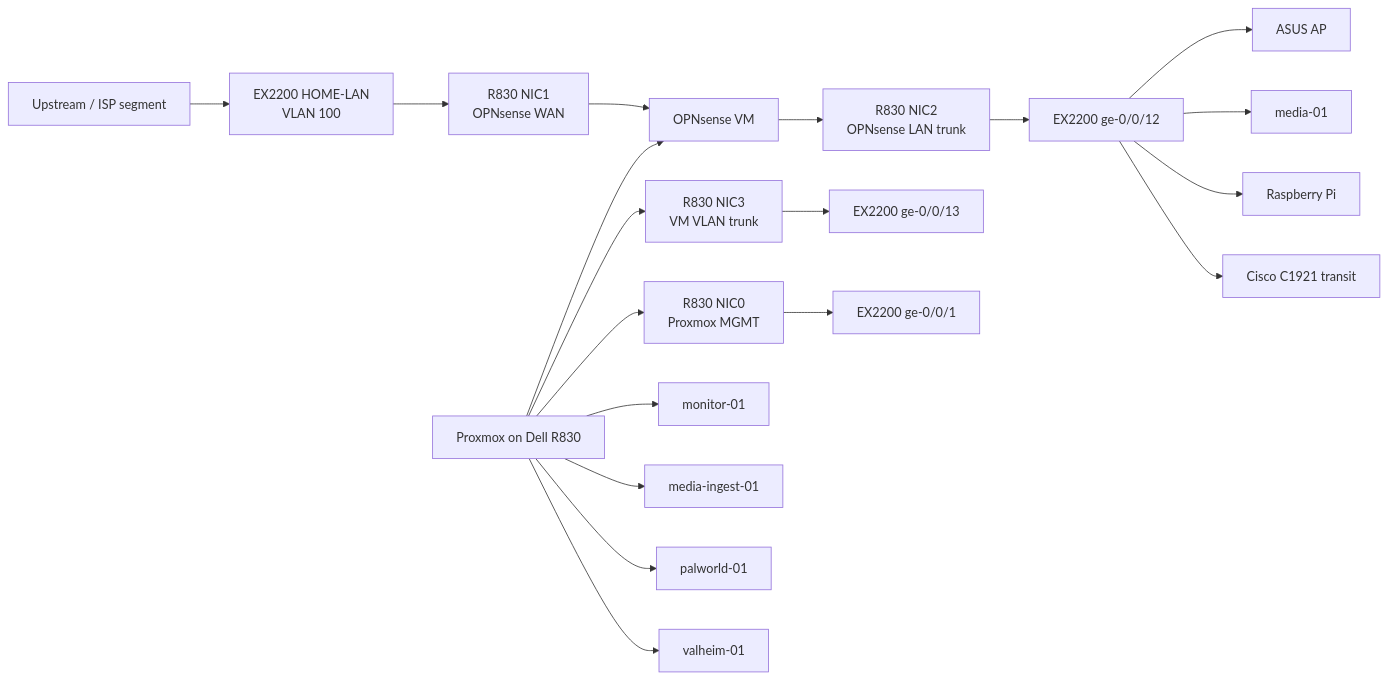
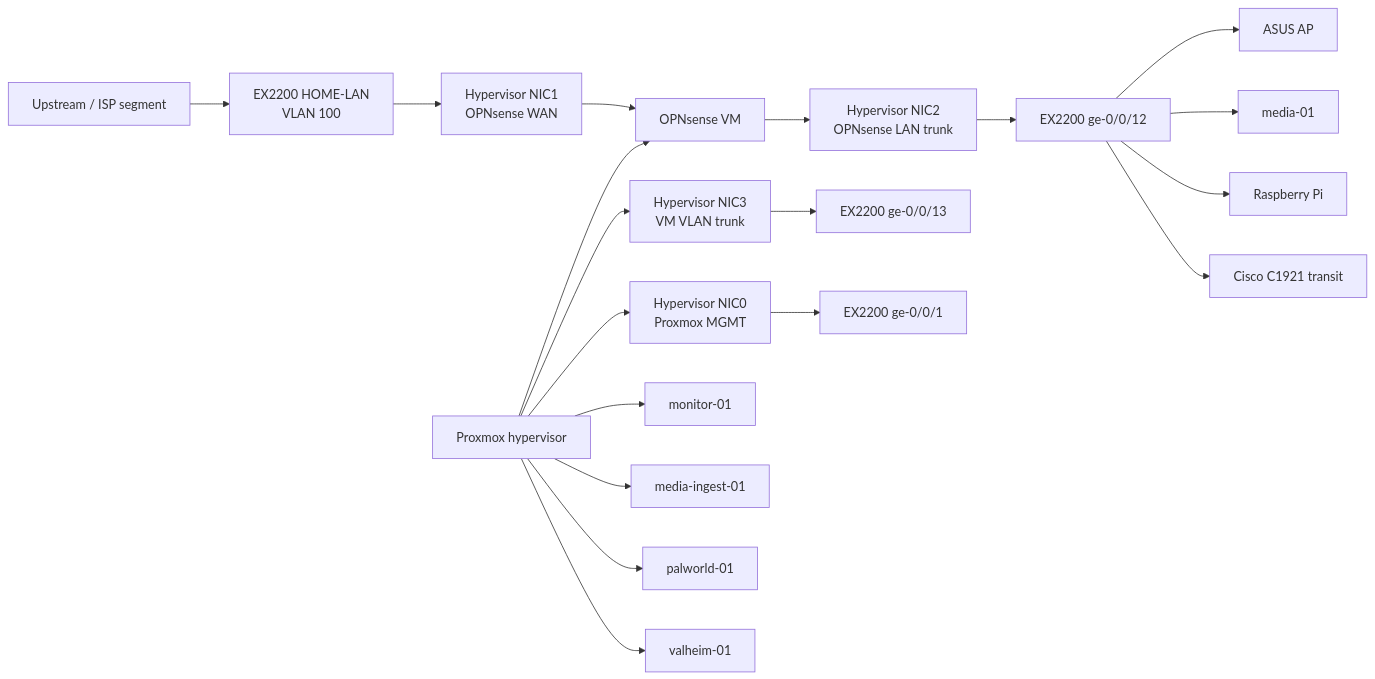
One commit to nicholasmbattista23/home-lab-infrastructure changed the diagram in diagrams/physical-topology.md. Above: the diagram before and after it, drawn with Mermaid. The commit also changed 6 other files, not shown here.

````diff
--- a/diagrams/physical-topology.md
+++ b/diagrams/physical-topology.md
@@ -3,32 +3,32 @@
 ```mermaid
 flowchart LR
     UPSTREAM["Upstream / ISP segment"] --> V100["EX2200 HOME-LAN
 VLAN 100"]
-    V100 --> WAN["R830 NIC1
+    V100 --> WAN["Hypervisor NIC1
 OPNsense WAN"]
 
-    PVE["Proxmox on Dell R830"] --> FWVM["OPNsense VM"]
+    PVE["Proxmox hypervisor"] --> FWVM["OPNsense VM"]
     WAN --> FWVM
 
-    FWVM --> LANTRUNK["R830 NIC2
+    FWVM --> LANTRUNK["Hypervisor NIC2
 OPNsense LAN trunk"]
     LANTRUNK --> EX["EX2200 ge-0/0/12"]
 
-    PVE --> VMTRUNK["R830 NIC3
+    PVE --> VMTRUNK["Hypervisor NIC3
 VM VLAN trunk"]
     VMTRUNK --> EX13["EX2200 ge-0/0/13"]
 
-    PVE --> MGMTNIC["R830 NIC0
+    PVE --> MGMTNIC["Hypervisor NIC0
 Proxmox MGMT"]
     MGMTNIC --> EX1["EX2200 ge-0/0/1"]
 
     EX --> AP["ASUS AP"]
     EX --> MEDIA["media-01"]
     EX --> PI["Raspberry Pi"]
     EX --> TRANSIT["Cisco C1921 transit"]
 
     PVE --> MON["monitor-01"]
     PVE --> INGEST["media-ingest-01"]
     PVE --> GAME1["palworld-01"]
     PVE --> GAME2["valheim-01"]
 ```
````
